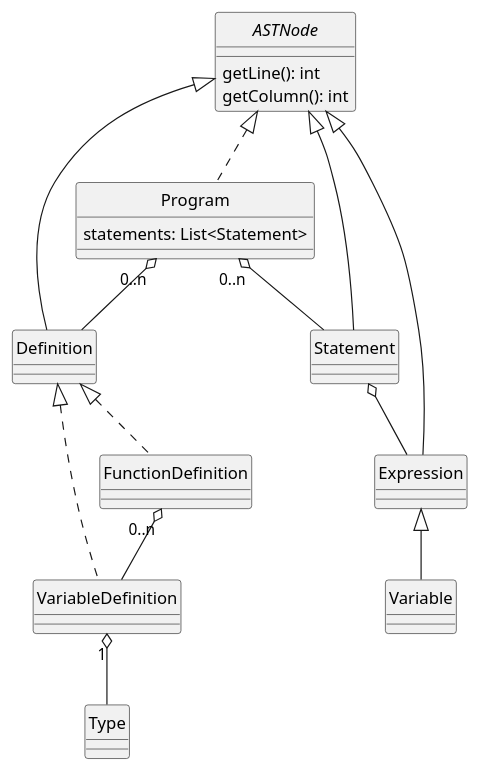
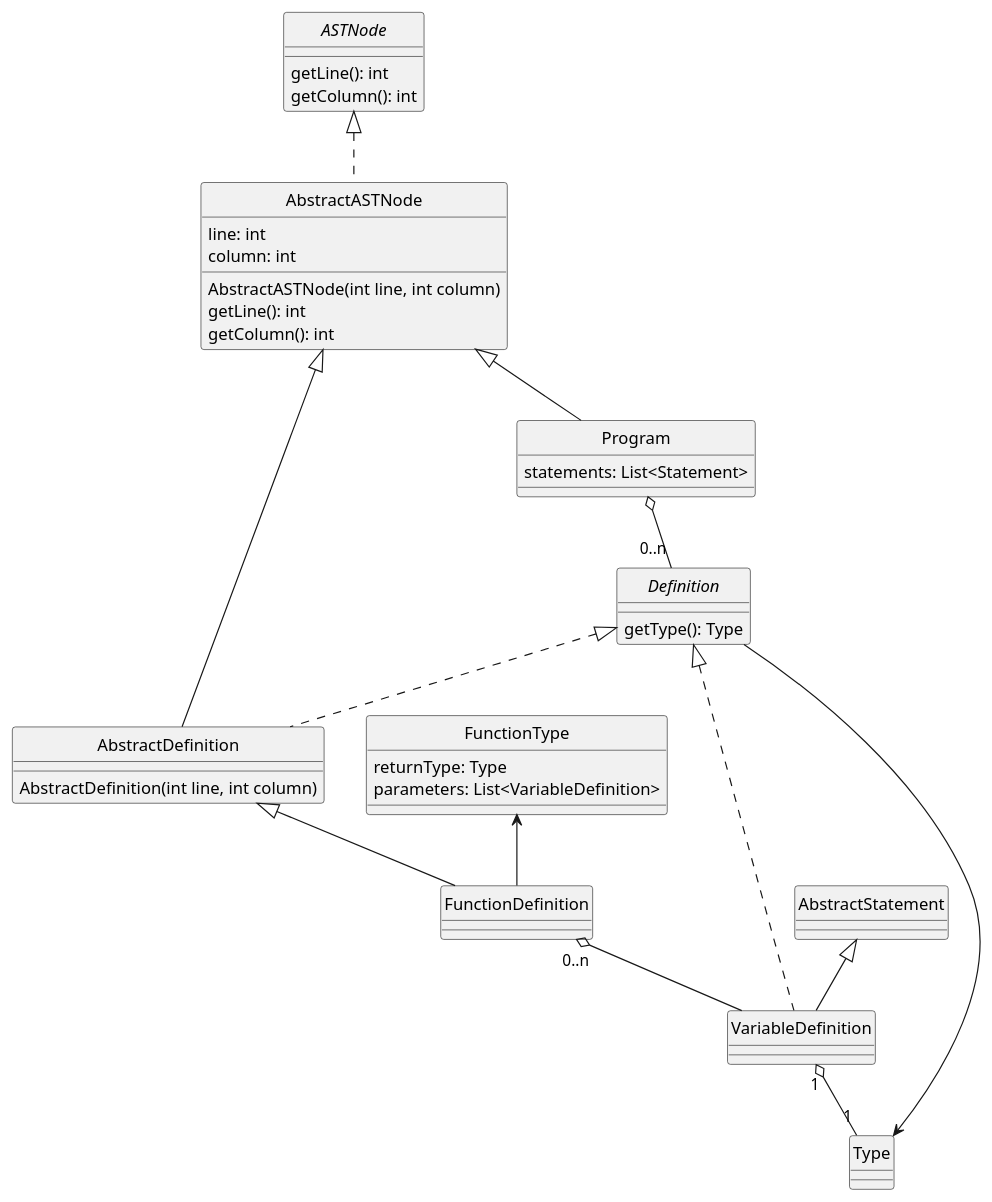
One commit to Diecaal/Elixir-Compiler changed the diagram in docs/diagrams/program.plantuml. Above: the diagram before and after it, drawn with PlantUML. The commit also changed 1 other file, not shown here.

Commit message:
Program fix

```diff
--- a/docs/diagrams/program.plantuml
+++ b/docs/diagrams/program.plantuml
@@ -1,40 +1,61 @@
 @startuml Program
 skinparam style strictuml
 skinparam monochrome true
 
 
 interface ASTNode {
     getLine(): int
     getColumn(): int
 }
 
+class AbstractASTNode {
+    AbstractASTNode(int line, int column)
+    getLine(): int
+    getColumn(): int
+    line: int
+    column: int
+}
+
 class Program {
     statements: List<Statement>
 }
 
-class Expression
-class Definition
+interface Definition {
+    getType(): Type
+}
+
+class AbstractDefinition {
+    AbstractDefinition(int line, int column)
+}
+
 class VariableDefinition
 class FunctionDefinition
 class Type
 
-ASTNode <|.. Program
-ASTNode <|-- Statement
-ASTNode <|-- Definition
+class FunctionType {
+    returnType: Type
+    parameters: List<VariableDefinition>
+}
 
-Program "0..n" o-- Statement
+ASTNode <|.. AbstractASTNode
 
-Statement o-- Expression
-ASTNode <|-- Expression
+AbstractASTNode <|-- Program
+AbstractASTNode <|-- AbstractDefinition
 
-Program "0..n" o-- Definition
+Definition <|.. AbstractDefinition
+
+Program o-- "0..n" Definition
 
 Definition <|.. VariableDefinition
-Definition <|.. FunctionDefinition
+AbstractDefinition <|-- FunctionDefinition
+AbstractStatement <|-- VariableDefinition
 
-VariableDefinition "1" o-- Type
+Type <-- Definition
+
+FunctionType <-- FunctionDefinition
+
+VariableDefinition "1" o-- "1" Type
 
 FunctionDefinition "0..n" o-- VariableDefinition
 
-Expression <|-- Variable
 @enduml
```
